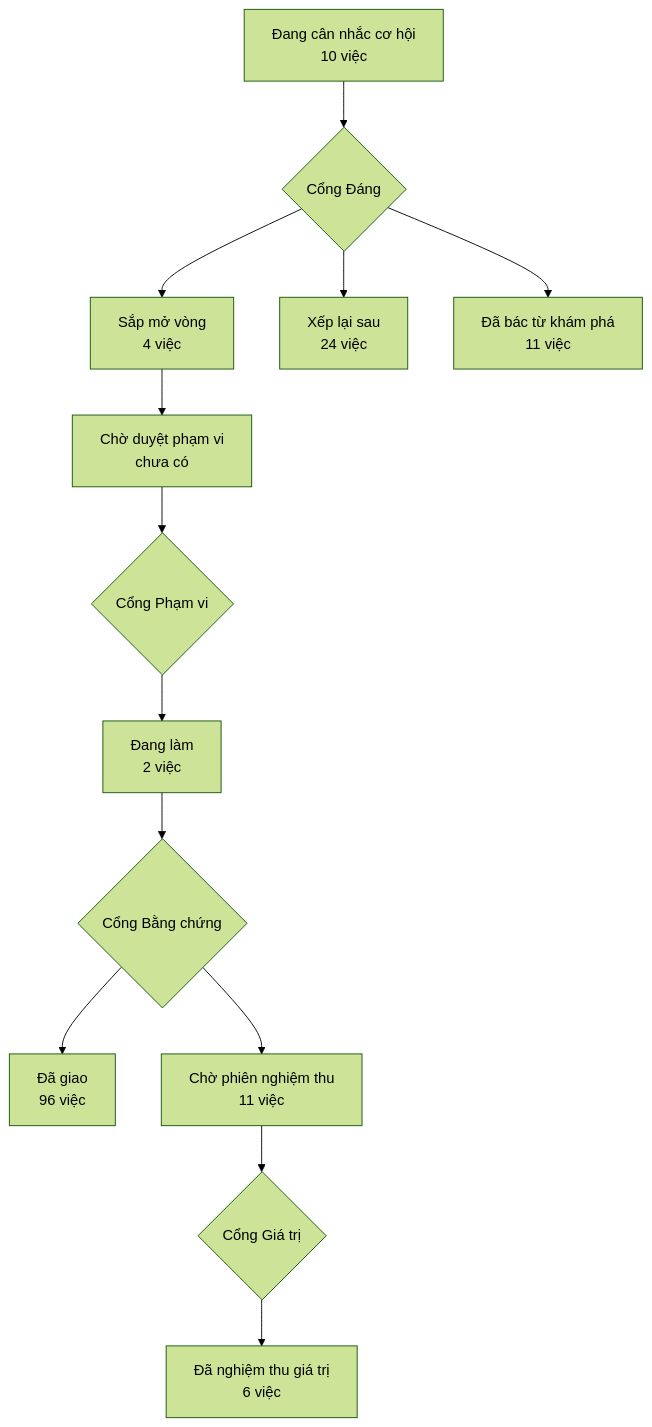
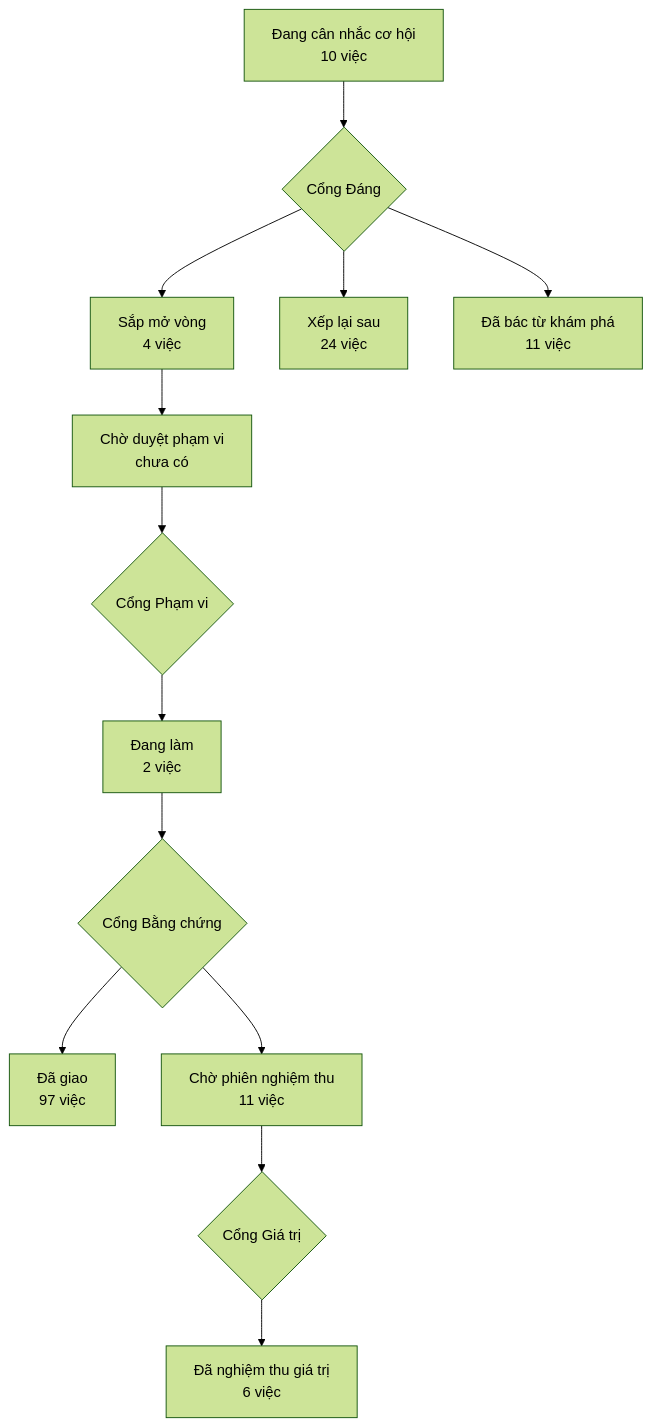
The diagram in PRODUCT-MAP.md (phanlemanh/acceptance-gate-kit), drawn with Mermaid (forest theme) before and after one commit.

Commit message:
chore: ve lai ban do san pham sau khi gop main

````diff
--- a/PRODUCT-MAP.md
+++ b/PRODUCT-MAP.md
@@ -6,12 +6,12 @@
 ```mermaid
 flowchart TD
   A["Đang cân nhắc cơ hội<br/>10 việc"] --> GD{"Cổng Đáng"}
   GD --> B["Sắp mở vòng<br/>4 việc"]
   GD --> XL["Xếp lại sau<br/>24 việc"]
   GD --> DB["Đã bác từ khám phá<br/>11 việc"]
   B --> CD["Chờ duyệt phạm vi<br/>chưa có"] --> GP{"Cổng Phạm vi"}
   GP --> DL["Đang làm<br/>2 việc"] --> GB{"Cổng Bằng chứng"}
-  GB --> DG["Đã giao<br/>96 việc"]
+  GB --> DG["Đã giao<br/>97 việc"]
   GB --> CN["Chờ phiên nghiệm thu<br/>11 việc"] --> GG{"Cổng Giá trị"}
   GG --> NT["Đã nghiệm thu giá trị<br/>6 việc"]
 ```
````
